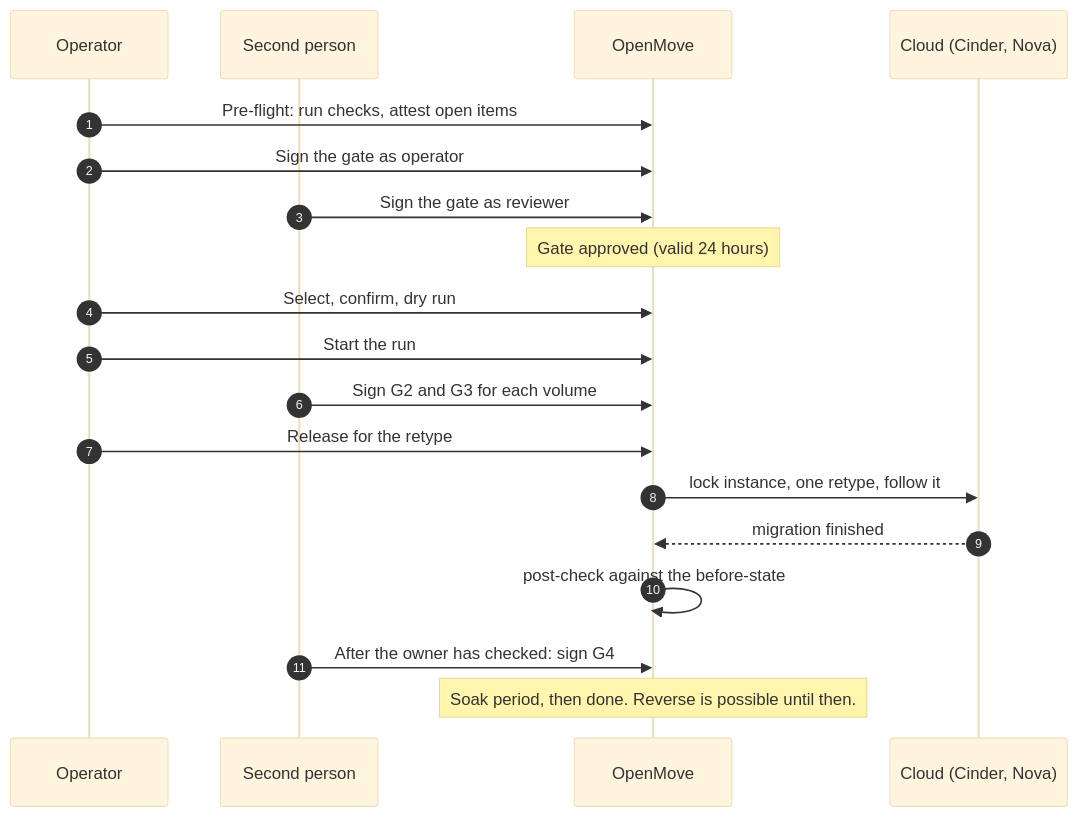
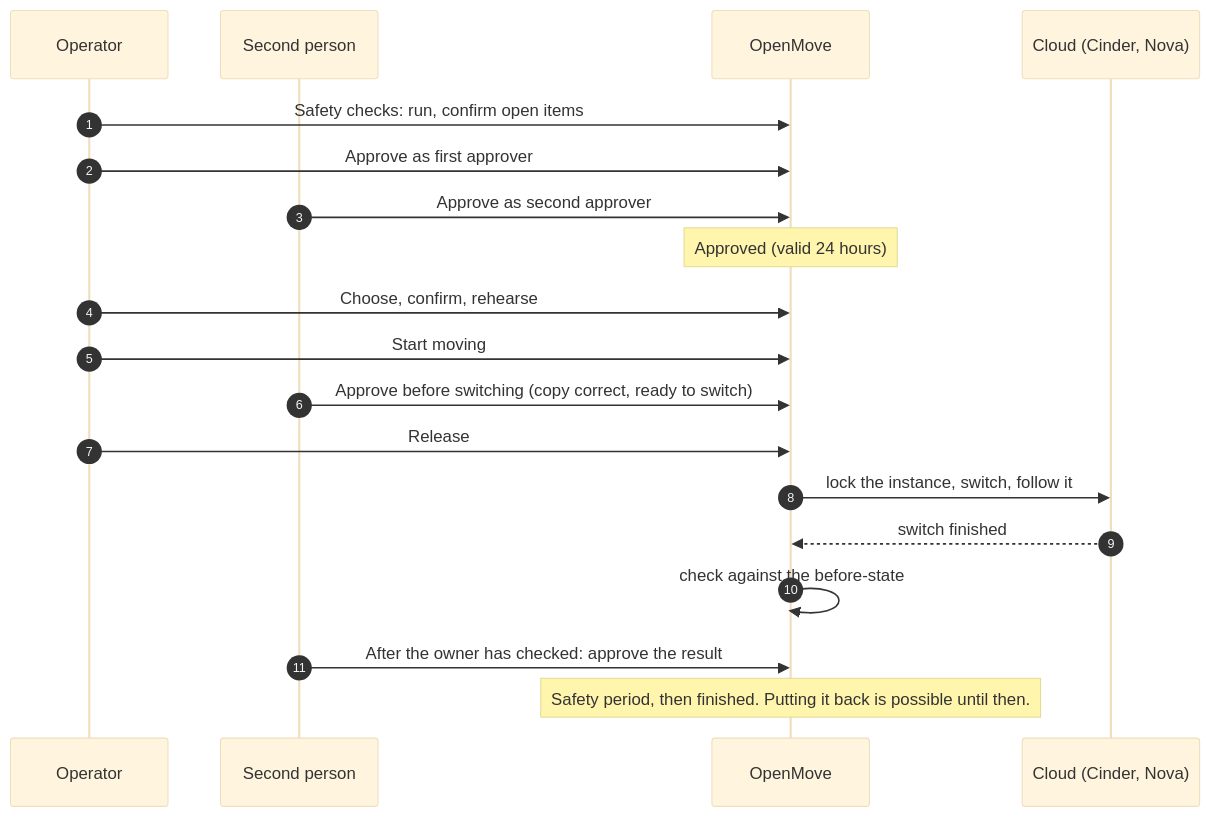
The second of 5 diagrams in docs/WALKTHROUGH.md (ebeauzec/OpenMove), drawn with Mermaid before and after one commit. The commit also changed other lines of this file and 54 other files, not shown here.

Commit message:
OpenMove 0.13.0: Migration host configuration from the interface; documentation and screenshots updated

````diff
--- a/docs/WALKTHROUGH.md
+++ b/docs/WALKTHROUGH.md
@@ -62,22 +71,22 @@
 ```mermaid
 %%{init: {"theme": "base", "fontFamily": "Arial, Helvetica, sans-serif", "themeVariables": {"fontSize": "15px"}, "flowchart": {"htmlLabels": false, "padding": 32, "nodeSpacing": 40, "rankSpacing": 50}}}%%
 sequenceDiagram
     autonumber
     participant O as Operator
     participant P as Second person
     participant M as OpenMove
     participant C as Cloud (Cinder, Nova)
-    O->>M: Pre-flight: run checks, attest open items
-    O->>M: Sign the gate as operator
-    P->>M: Sign the gate as reviewer
-    Note over M: Gate approved (valid 24 hours)
-    O->>M: Select, confirm, dry run
-    O->>M: Start the run
-    P->>M: Sign G2 and G3 for each volume
-    O->>M: Release for the retype
-    M->>C: lock instance, one retype, follow it
-    C-->>M: migration finished
-    M->>M: post-check against the before-state
-    P->>M: After the owner has checked: sign G4
-    Note over M: Soak period, then done. Reverse is possible until then.
+    O->>M: Safety checks: run, confirm open items
+    O->>M: Approve as first approver
+    P->>M: Approve as second approver
+    Note over M: Approved (valid 24 hours)
+    O->>M: Choose, confirm, rehearse
+    O->>M: Start moving
+    P->>M: Approve before switching (copy correct, ready to switch)
+    O->>M: Release
+    M->>C: lock the instance, switch, follow it
+    C-->>M: switch finished
+    M->>M: check against the before-state
+    P->>M: After the owner has checked: approve the result
+    Note over M: Safety period, then finished. Putting it back is possible until then.
 ```
````
